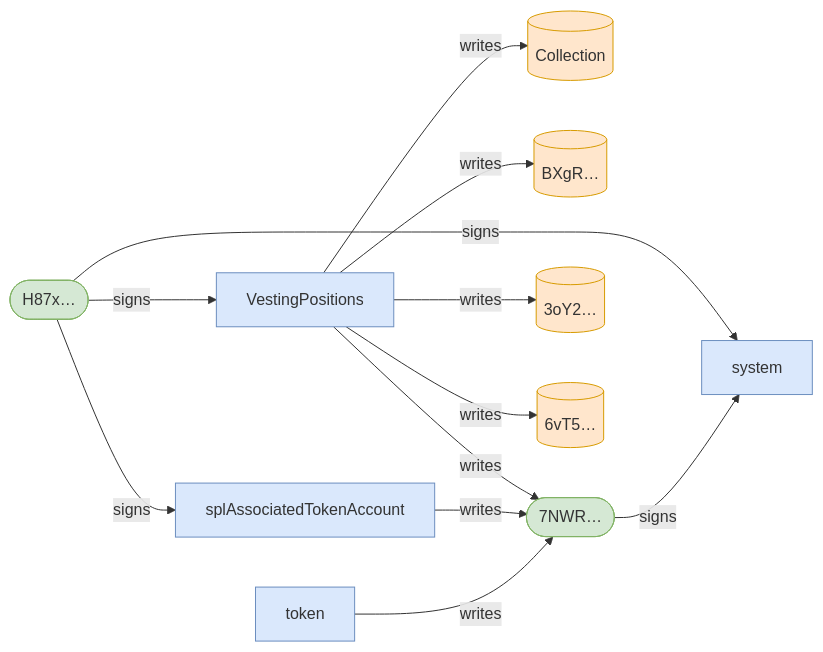
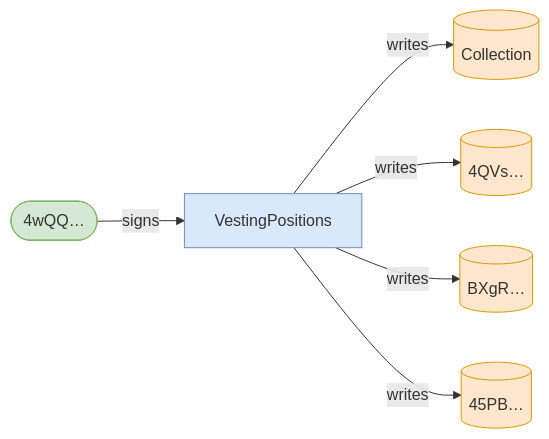
The second of 3 diagrams in babelfish-tests/test-report/clawback_requires_creator.md (cds-turbin3/vesting-position), drawn with Mermaid before and after one commit. The commit also changed other lines of this file and 50 other files, not shown here.

````diff
--- a/babelfish-tests/test-report/clawback_requires_creator.md
+++ b/babelfish-tests/test-report/clawback_requires_creator.md
@@ -39,27 +16,17 @@
 ```mermaid
 flowchart LR
     VestingPositions["VestingPositions"]:::program
-    H87x(["H87x…"]):::signer
+    4wQQ(["4wQQ…"]):::signer
     Collection[("Collection")]:::state
+    4QVs[("4QVs…")]:::state
     BXgR[("BXgR…")]:::state
-    7NWR(["7NWR…"]):::signer
-    3oY2[("3oY2…")]:::state
-    6vT5[("6vT5…")]:::state
-    splAssociatedTokenAccount["splAssociatedTokenAccount"]:::program
-    token["token"]:::program
-    system["system"]:::program
-    H87x -->|signs| VestingPositions
+    45PB[("45PB…")]:::state
+    4wQQ -->|signs| VestingPositions
     VestingPositions -->|writes| Collection
+    VestingPositions -->|writes| 4QVs
     VestingPositions -->|writes| BXgR
-    VestingPositions -->|writes| 7NWR
-    VestingPositions -->|writes| 3oY2
-    VestingPositions -->|writes| 6vT5
-    H87x -->|signs| splAssociatedTokenAccount
-    splAssociatedTokenAccount -->|writes| 7NWR
-    H87x -->|signs| system
-    7NWR -->|signs| system
-    token -->|writes| 7NWR
+    VestingPositions -->|writes| 45PB
     classDef program fill:#dae8fc,stroke:#6c8ebf;
     classDef signer fill:#d5e8d4,stroke:#82b366;
     classDef state fill:#ffe6cc,stroke:#d79b00;
 ```
````
